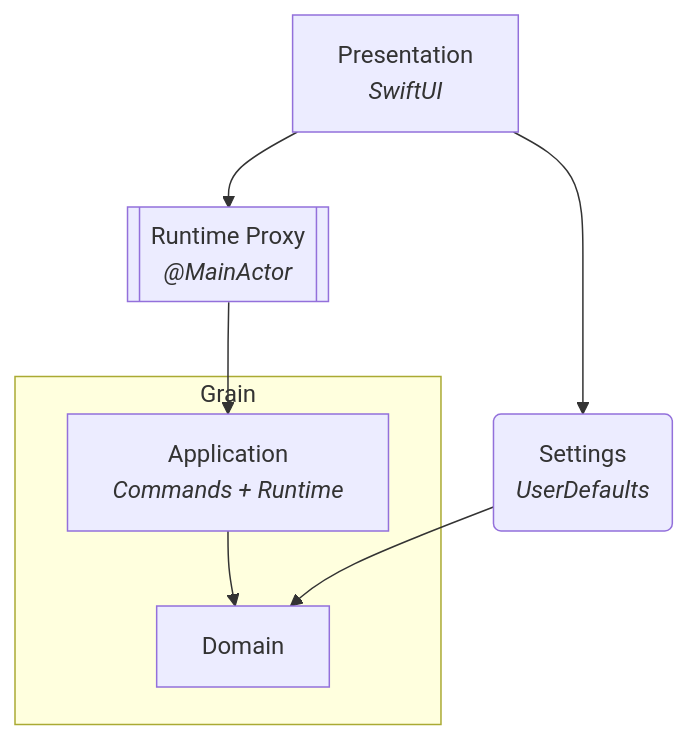
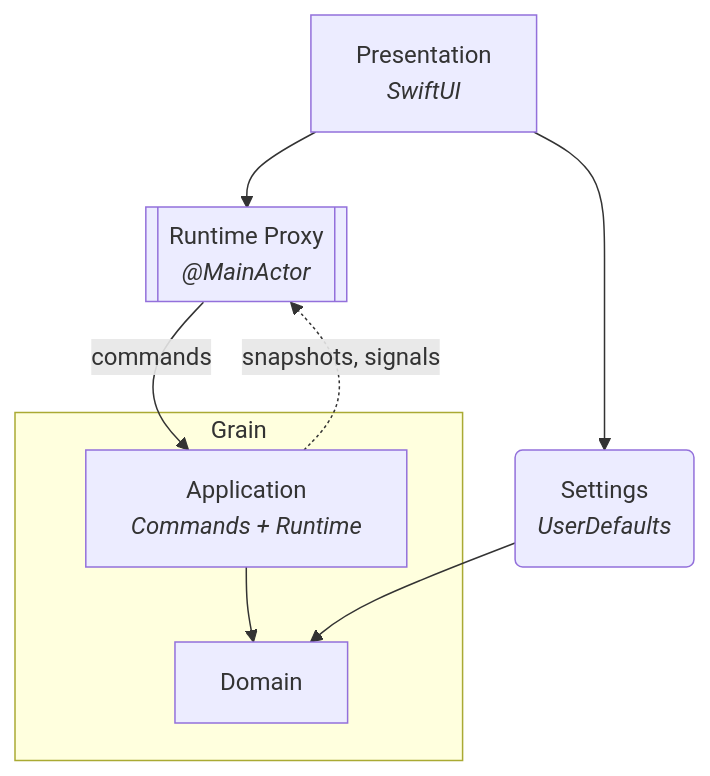
The diagram in CLAUDE.md (vitalydolgov/grain-desktop), drawn with Mermaid before and after one commit. The commit also changed other lines of this file and 3 other files, not shown here.

````diff
--- a/CLAUDE.md
+++ b/CLAUDE.md
@@ -13,18 +13,19 @@
 ```mermaid
 flowchart TD
     P["Presentation<br/><i>SwiftUI</i>"]
     RP[["Runtime Proxy<br/><i>@MainActor</i>"]]
 
     subgraph Grain
         A["Application<br/><i>Commands + Runtime</i>"]
         D["Domain"]
         A --> D
     end
 
     S("Settings<br/><i>UserDefaults</i>")
 
     P --> RP
-    RP --> A
+    RP -->|commands| A
+    A -.->|snapshots, signals| RP
     P --> S
     S --> D
 ```
````
